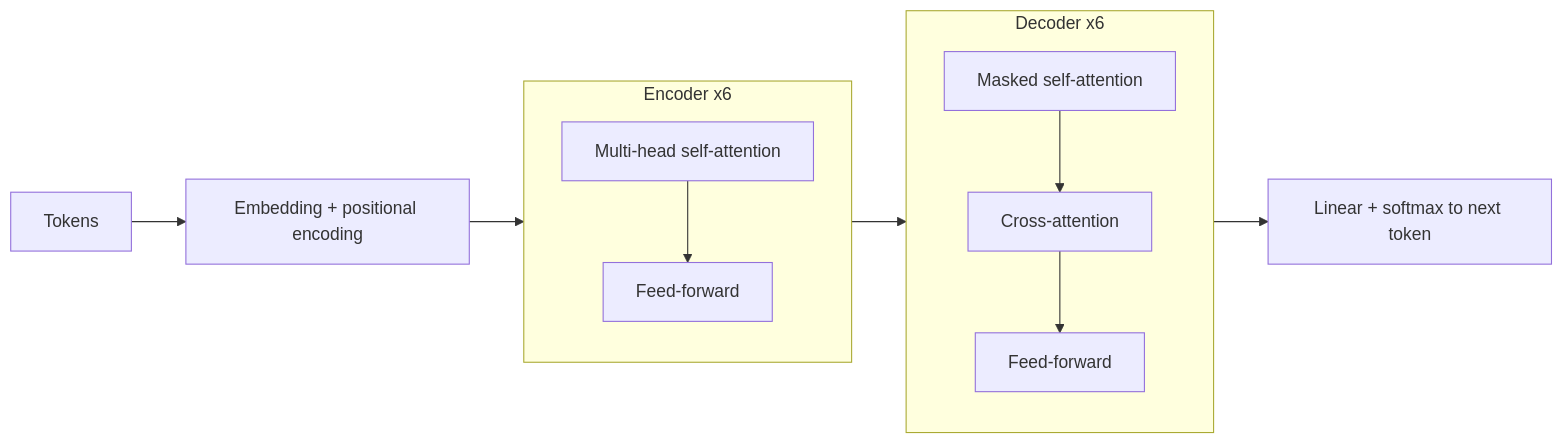
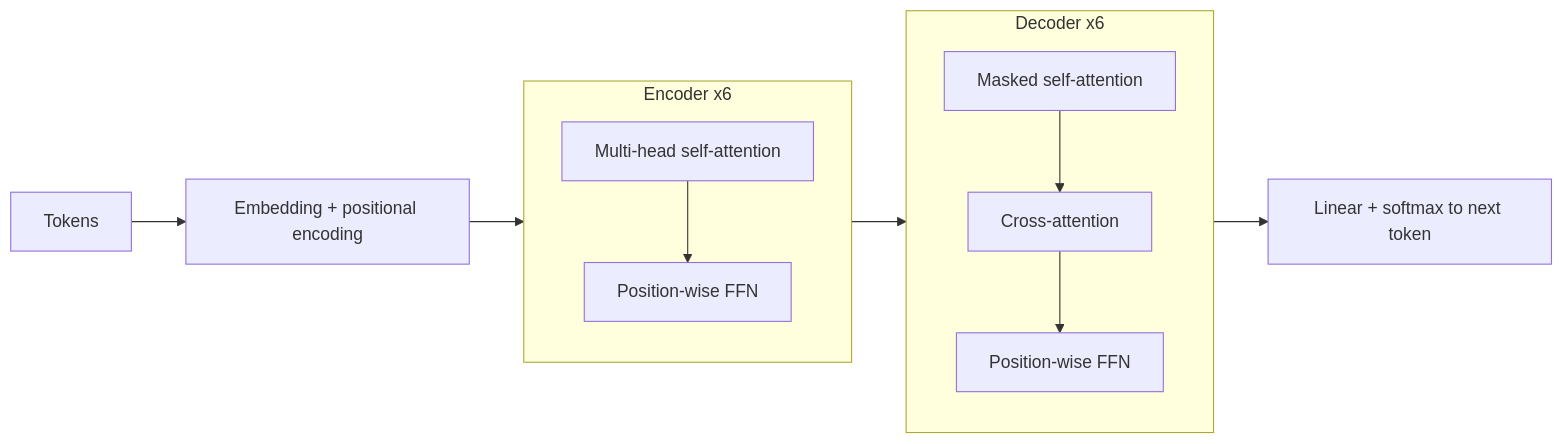
One commit to hardaatbaath/portfolio changed the diagram in content/notes/attention-is-all-you-need.md. Above: the diagram before and after it, drawn with Mermaid. The commit also changed other lines of this file and 2 other files, not shown here.

````diff
--- a/content/notes/attention-is-all-you-need.md
+++ b/content/notes/attention-is-all-you-need.md
@@ -48,15 +47,15 @@
 ```mermaid
 flowchart LR
   In["Tokens"] --> Emb["Embedding + positional encoding"]
   Emb --> Enc
   subgraph Enc["Encoder x6"]
     direction TB
-    ESA["Multi-head self-attention"] --> EFF["Feed-forward"]
+    ESA["Multi-head self-attention"] --> EFF["Position-wise FFN"]
   end
   Enc --> Dec
   subgraph Dec["Decoder x6"]
     direction TB
-    DSA["Masked self-attention"] --> DCA["Cross-attention"] --> DFF["Feed-forward"]
+    DSA["Masked self-attention"] --> DCA["Cross-attention"] --> DFF["Position-wise FFN"]
   end
   Dec --> Out["Linear + softmax to next token"]
 ```
````
